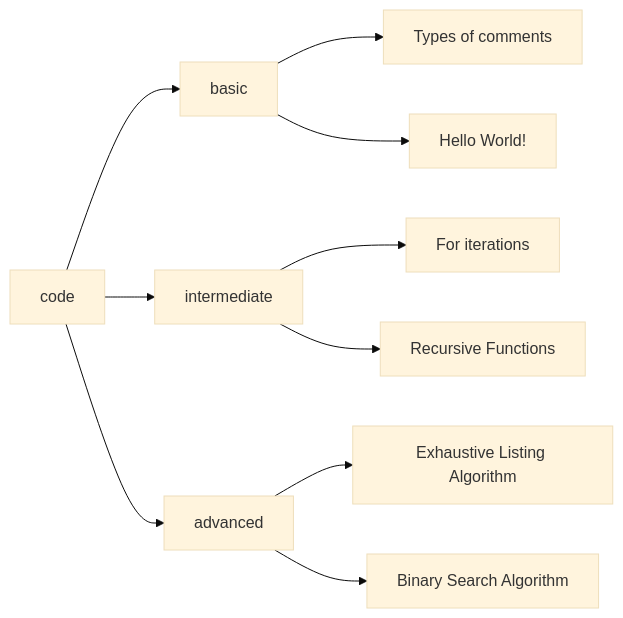
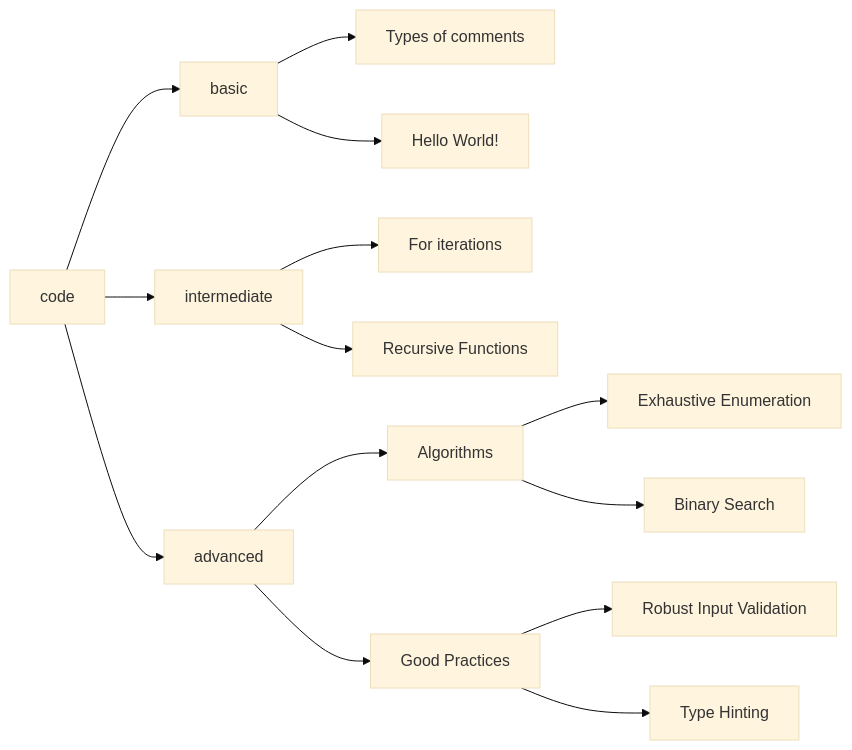
One commit to seyerjo/learn-python-by-examples changed the diagram in README.md. Above: the diagram before and after it, drawn with Mermaid (base theme). The commit also changed other lines of this file and 13 other files, not shown here.

Commit message:
Update the documentation and add advanced examples of robust input validation and typing in Python. Improve existing examples with input validation and typing, document changes in the CHANGELOG and update README.md

````diff
--- a/README.md
+++ b/README.md
@@ -14,12 +20,16 @@
 ```mermaid
 graph LR
     A[code] --> B[basic];
     A --> C[intermediate];
     A --> D[advanced];
     B --> E[Types of comments];
     B --> F[Hello World!];
     C --> G[For iterations];
     C --> H[Recursive Functions];
-    D --> I[Exhaustive Listing Algorithm];
-    D --> J[Binary Search Algorithm];
+    D --> I[Algorithms];
+    I --> J[Exhaustive Enumeration];
+    I --> K[Binary Search];
+    D --> L[Good Practices];
+    L --> M[Robust Input Validation];
+    L --> N[Type Hinting];
 ```
````
